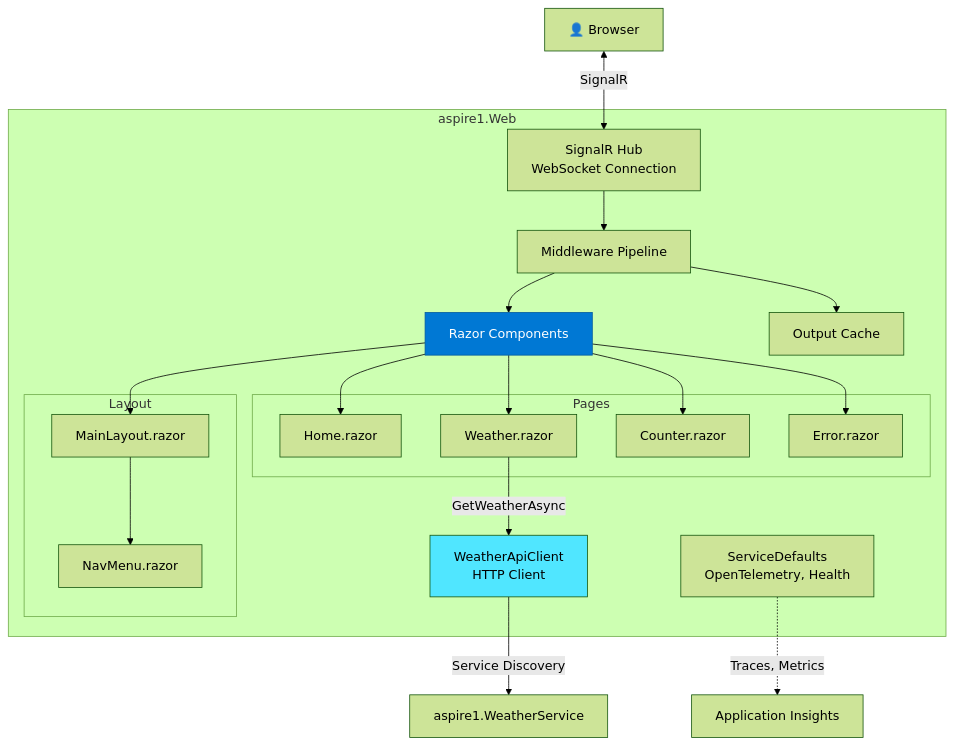
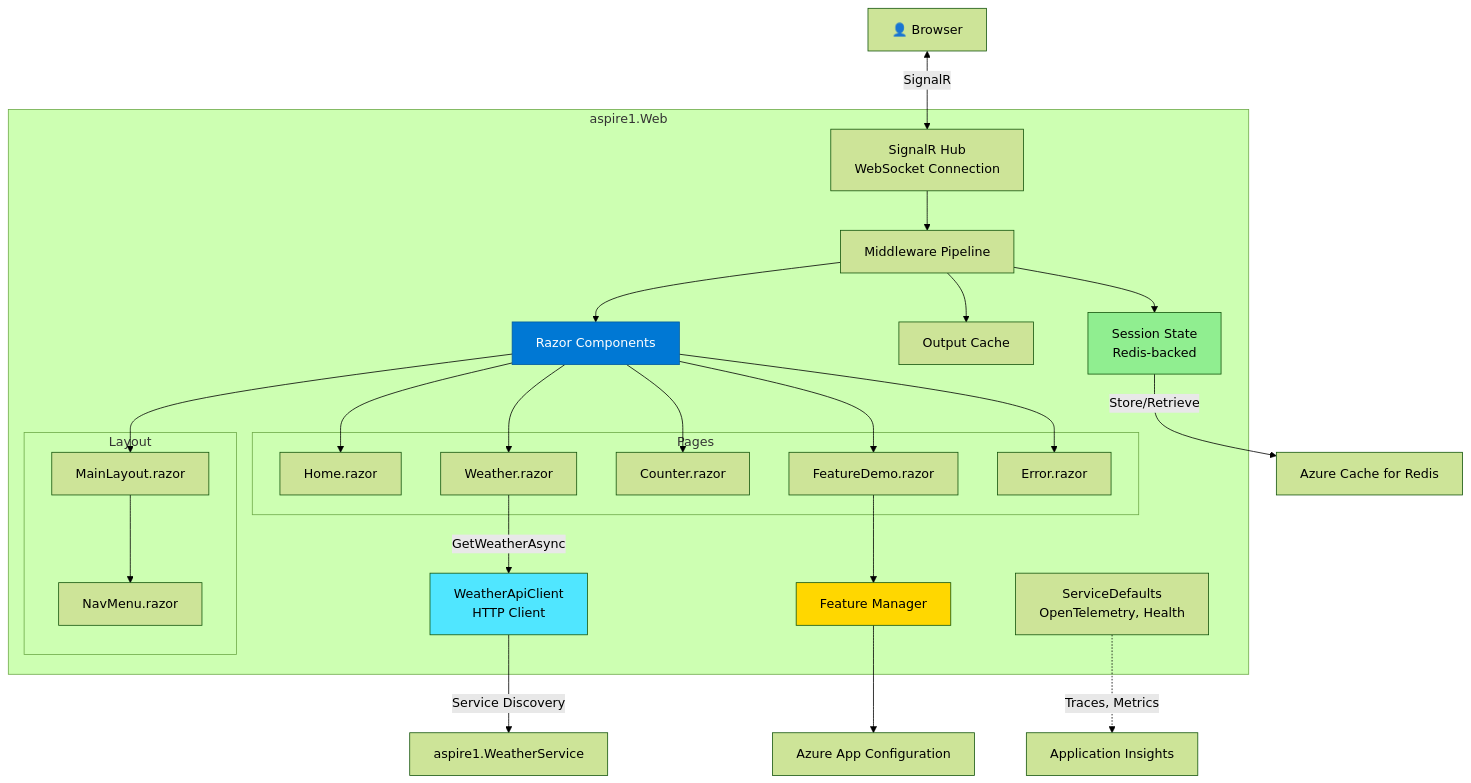
Before and after one commit to rbmathis/aspire1: the first of 3 diagrams in aspire1.Web/ARCHITECTURE.md, drawn with Mermaid (forest theme). The commit also changed other lines of this file and 5 other files, not shown here.

First line of the commit message:
Align architecture documentation with actual codebase implementation (#20)

````diff
--- a/aspire1.Web/ARCHITECTURE.md
+++ b/aspire1.Web/ARCHITECTURE.md
@@ -19,47 +21,61 @@
 ```mermaid
 graph TB
     User[👤 Browser]
 
     subgraph "aspire1.Web"
         SignalR[SignalR Hub<br/>WebSocket Connection]
         Middleware[Middleware Pipeline]
         RazorComponents[Razor Components]
         OutputCache[Output Cache]
         HTTPClient[WeatherApiClient<br/>HTTP Client]
+        SessionState[Session State<br/>Redis-backed]
+        FeatureFlags[Feature Manager]
         ServiceDefaults[ServiceDefaults<br/>OpenTelemetry, Health]
 
         subgraph "Pages"
             Home[Home.razor]
             Weather[Weather.razor]
             Counter[Counter.razor]
+            FeatureDemo[FeatureDemo.razor]
             Error[Error.razor]
         end
 
         subgraph "Layout"
             MainLayout[MainLayout.razor]
             NavMenu[NavMenu.razor]
         end
     end
 
     API[aspire1.WeatherService]
     AppInsights[Application Insights]
+    AppConfig[Azure App Configuration]
+    Redis[Azure Cache for Redis]
 
     User <-->|SignalR| SignalR
     SignalR --> Middleware
     Middleware --> RazorComponents
     RazorComponents --> Home
     RazorComponents --> Weather
     RazorComponents --> Counter
+    RazorComponents --> FeatureDemo
     RazorComponents --> Error
     RazorComponents --> MainLayout
     MainLayout --> NavMenu
 
     Weather -->|GetWeatherAsync| HTTPClient
     HTTPClient -->|Service Discovery| API
+    
+    Middleware --> SessionState
+    SessionState -->|Store/Retrieve| Redis
+    
+    FeatureDemo --> FeatureFlags
+    FeatureFlags --> AppConfig
 
     Middleware --> OutputCache
     ServiceDefaults -.->|Traces, Metrics| AppInsights
 
     style RazorComponents fill:#0078d4,stroke:#005a9e,color:#fff
     style HTTPClient fill:#50e6ff
+    style SessionState fill:#90EE90
+    style FeatureFlags fill:#FFD700
 ```
````
